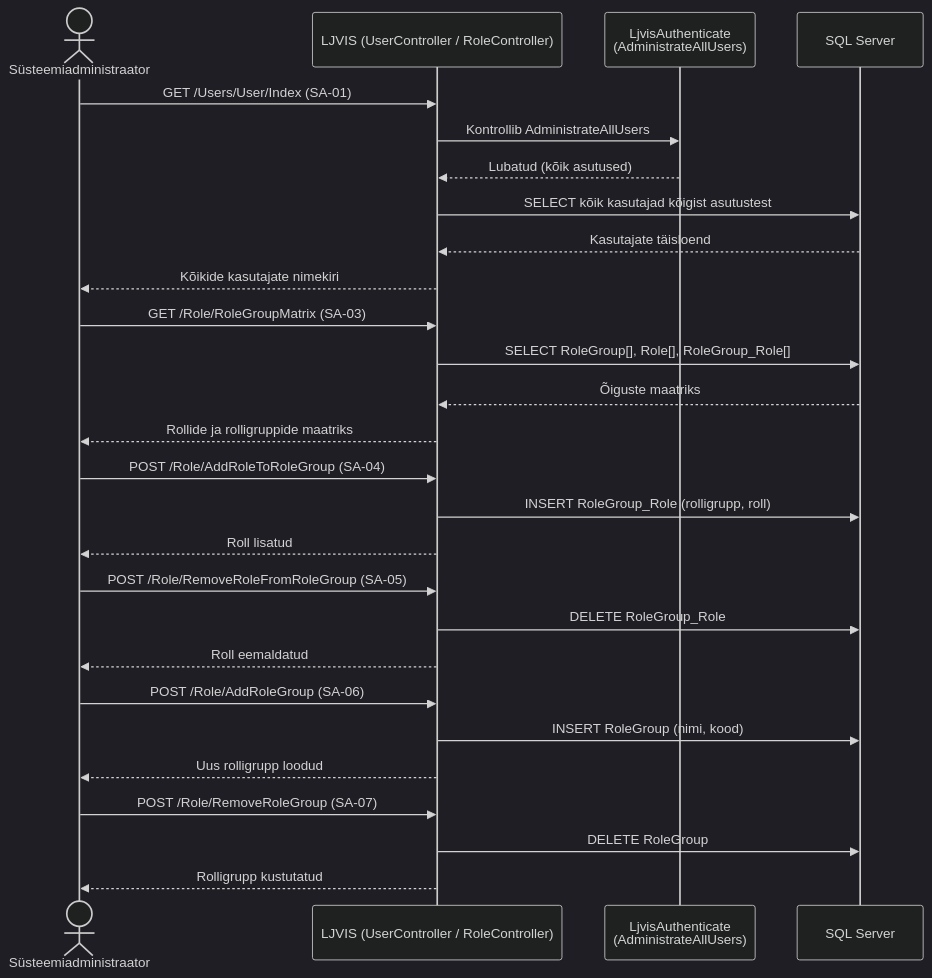
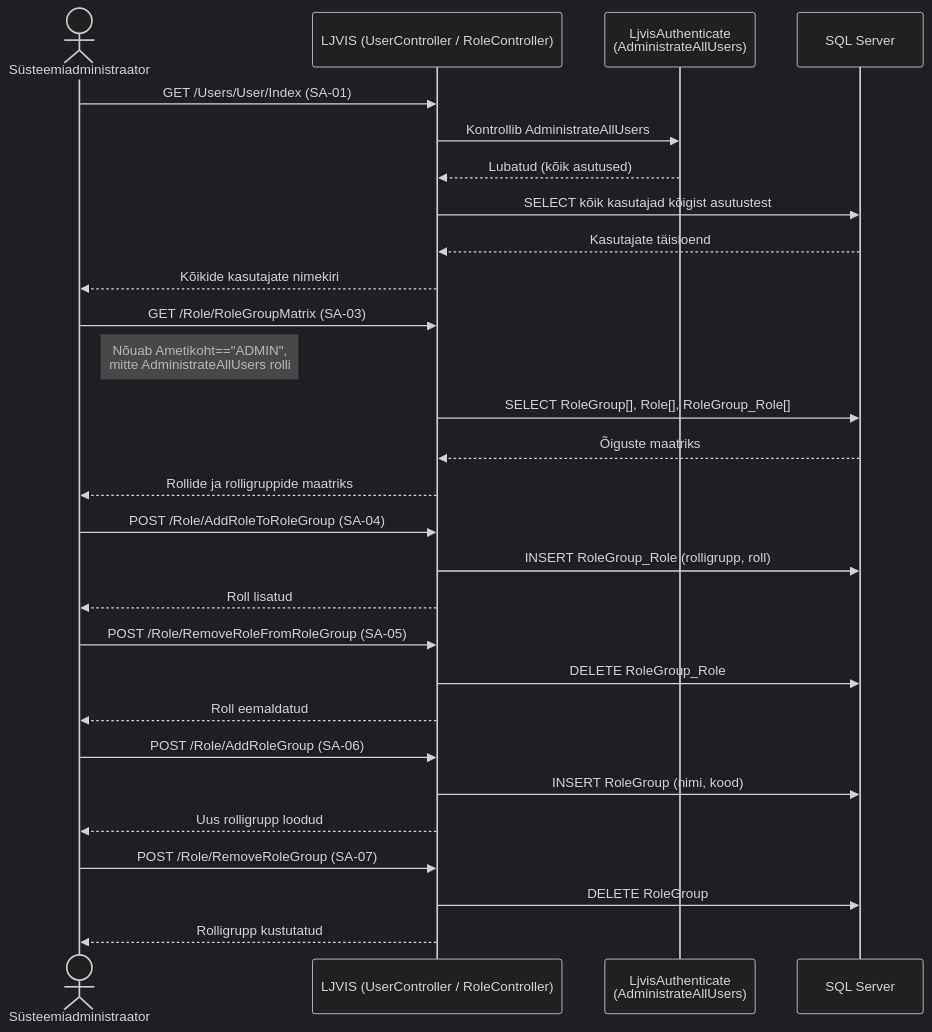
Before and after one commit to kemit-ee/ljvis-2: diagram 15 of 19 in architecture/use-cases.md, drawn with Mermaid (dark theme). The commit also changed other lines of this file, not shown here.

````diff
--- a/architecture/use-cases.md
+++ b/architecture/use-cases.md
@@ -746,35 +783,36 @@
 ```mermaid
 sequenceDiagram
     actor SA as Süsteemiadministraator
     participant UI as LJVIS (UserController / RoleController)
     participant Auth as LjvisAuthenticate<br/>(AdministrateAllUsers)
     participant DB as SQL Server
 
     SA->>UI: GET /Users/User/Index (SA-01)
     UI->>Auth: Kontrollib AdministrateAllUsers
     Auth-->>UI: Lubatud (kõik asutused)
     UI->>DB: SELECT kõik kasutajad kõigist asutustest
     DB-->>UI: Kasutajate täisloend
     UI-->>SA: Kõikide kasutajate nimekiri
 
     SA->>UI: GET /Role/RoleGroupMatrix (SA-03)
+    Note right of SA: Nõuab Ametikoht=="ADMIN",<br/>mitte AdministrateAllUsers rolli
     UI->>DB: SELECT RoleGroup[], Role[], RoleGroup_Role[]
     DB-->>UI: Õiguste maatriks
     UI-->>SA: Rollide ja rolligruppide maatriks
 
     SA->>UI: POST /Role/AddRoleToRoleGroup (SA-04)
     UI->>DB: INSERT RoleGroup_Role (rolligrupp, roll)
     UI-->>SA: Roll lisatud
 
     SA->>UI: POST /Role/RemoveRoleFromRoleGroup (SA-05)
     UI->>DB: DELETE RoleGroup_Role
     UI-->>SA: Roll eemaldatud
 
     SA->>UI: POST /Role/AddRoleGroup (SA-06)
     UI->>DB: INSERT RoleGroup (nimi, kood)
     UI-->>SA: Uus rolligrupp loodud
 
     SA->>UI: POST /Role/RemoveRoleGroup (SA-07)
     UI->>DB: DELETE RoleGroup
     UI-->>SA: Rolligrupp kustutatud
 ```
````
